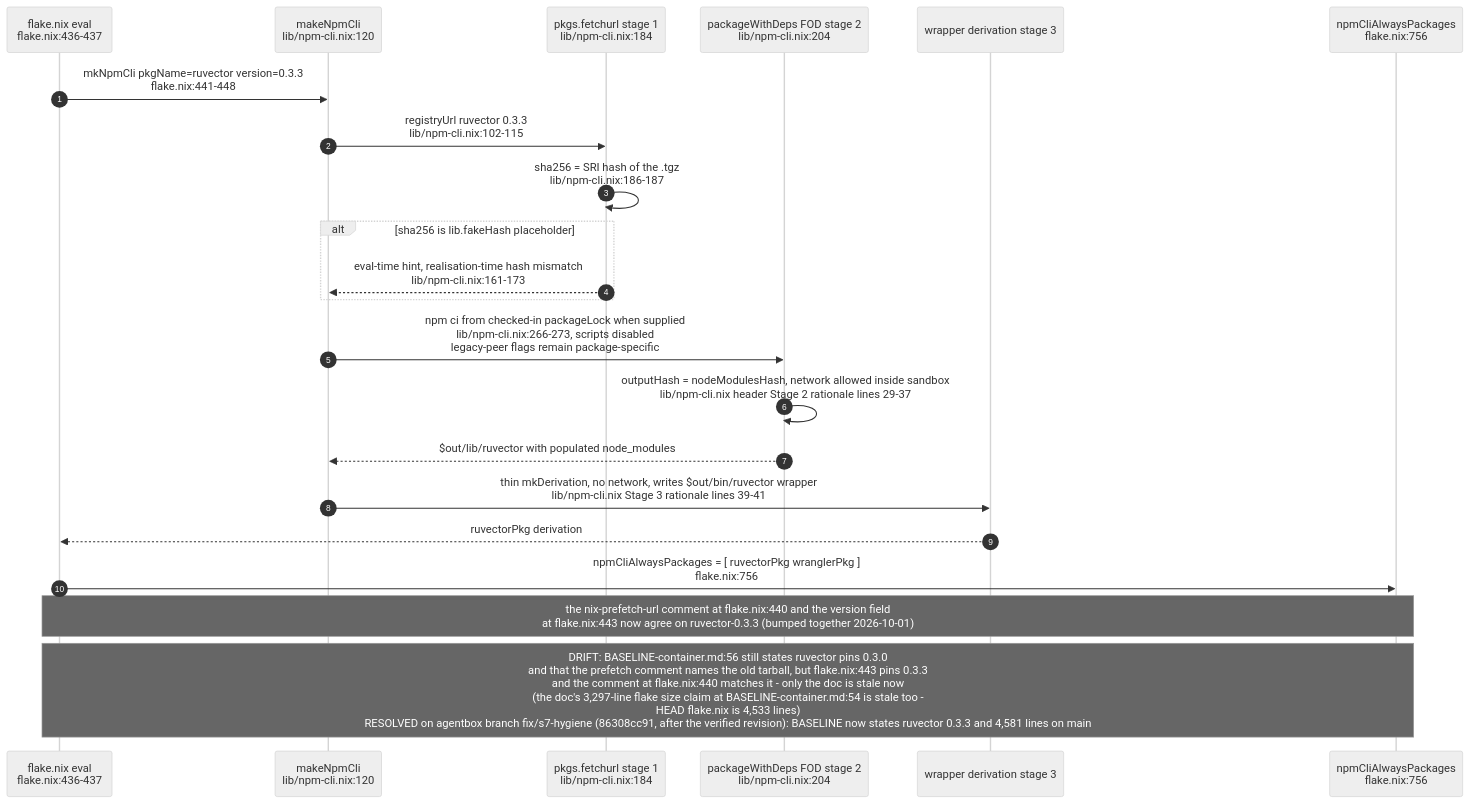
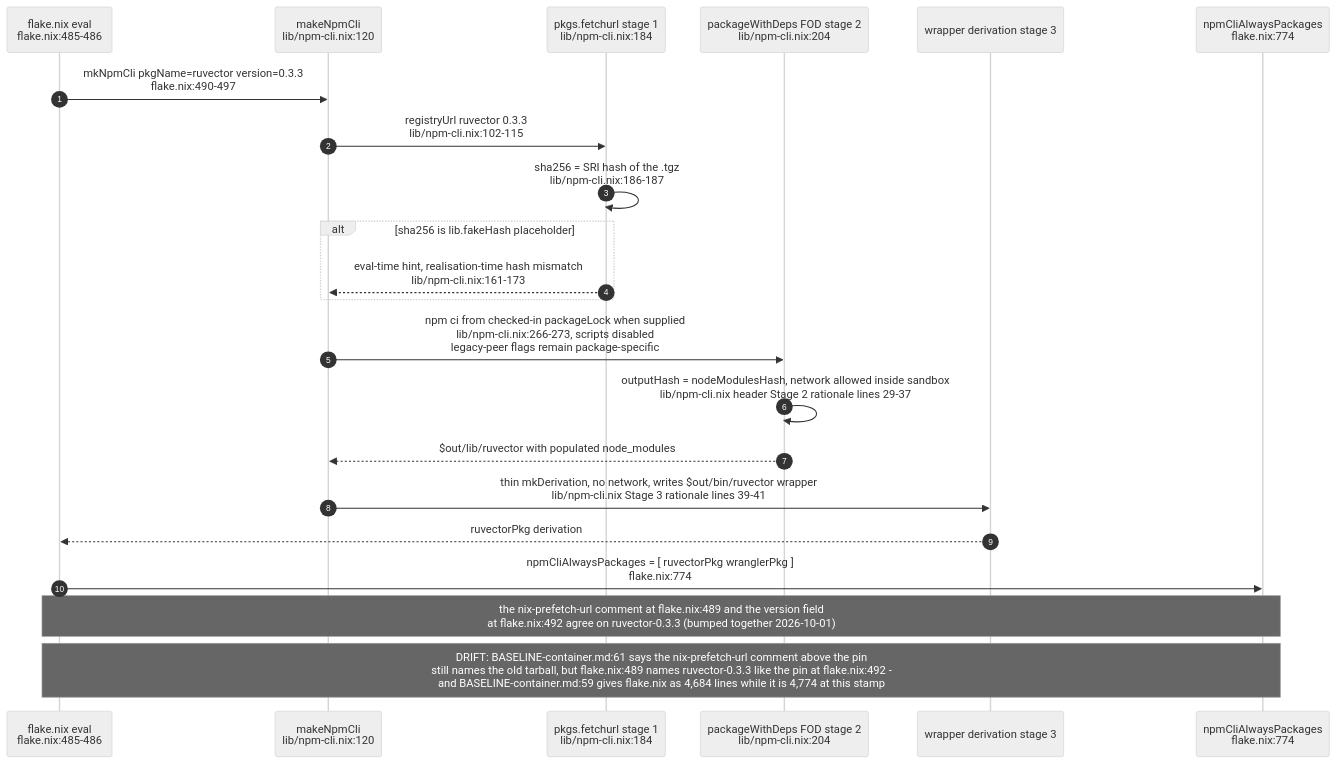
Before and after one commit to DreamLab-AI/VisionFlow: the fifth of 10 diagrams in docs/diagrams/agentbox/01-nix-flake-composition.md, drawn with Mermaid (neutral theme). The commit also changed other lines of this file and 160 other files, not shown here.

````diff
--- a/docs/diagrams/agentbox/01-nix-flake-composition.md
+++ b/docs/diagrams/agentbox/01-nix-flake-composition.md
@@ -240,25 +251,25 @@
 ```mermaid
 sequenceDiagram
     autonumber
-    participant FLAKE as flake.nix eval<br/>flake.nix:436-437
+    participant FLAKE as flake.nix eval<br/>flake.nix:485-486
     participant MK as makeNpmCli<br/>lib/npm-cli.nix:120
     participant FETCH as pkgs.fetchurl stage 1<br/>lib/npm-cli.nix:184
     participant FOD as packageWithDeps FOD stage 2<br/>lib/npm-cli.nix:204
     participant WRAP as wrapper derivation stage 3
-    participant ALWAYS as npmCliAlwaysPackages<br/>flake.nix:756
+    participant ALWAYS as npmCliAlwaysPackages<br/>flake.nix:774
 
-    FLAKE->>MK: mkNpmCli pkgName=ruvector version=0.3.3<br/>flake.nix:441-448
+    FLAKE->>MK: mkNpmCli pkgName=ruvector version=0.3.3<br/>flake.nix:490-497
     MK->>FETCH: registryUrl ruvector 0.3.3<br/>lib/npm-cli.nix:102-115
     FETCH->>FETCH: sha256 = SRI hash of the .tgz<br/>lib/npm-cli.nix:186-187
     alt sha256 is lib.fakeHash placeholder
         FETCH-->>MK: eval-time hint, realisation-time hash mismatch<br/>lib/npm-cli.nix:161-173
     end
     MK->>FOD: npm ci from checked-in packageLock when supplied<br/>lib/npm-cli.nix:266-273, scripts disabled<br/>legacy-peer flags remain package-specific
     FOD->>FOD: outputHash = nodeModulesHash, network allowed inside sandbox<br/>lib/npm-cli.nix header Stage 2 rationale lines 29-37
     FOD-->>MK: $out/lib/ruvector with populated node_modules
     MK->>WRAP: thin mkDerivation, no network, writes $out/bin/ruvector wrapper<br/>lib/npm-cli.nix Stage 3 rationale lines 39-41
     WRAP-->>FLAKE: ruvectorPkg derivation
-    FLAKE->>ALWAYS: npmCliAlwaysPackages = [ ruvectorPkg wranglerPkg ]<br/>flake.nix:756
-    Note over FLAKE,ALWAYS: the nix-prefetch-url comment at flake.nix:440 and the version field<br/>at flake.nix:443 now agree on ruvector-0.3.3 (bumped together 2026-10-01)
-    Note over FLAKE,ALWAYS: DRIFT: BASELINE-container.md:56 still states ruvector pins 0.3.0<br/>and that the prefetch comment names the old tarball, but flake.nix:443 pins 0.3.3<br/>and the comment at flake.nix:440 matches it - only the doc is stale now<br/>(the doc's 3,297-line flake size claim at BASELINE-container.md:54 is stale too -<br/>HEAD flake.nix is 4,533 lines)<br/>RESOLVED on agentbox branch fix/s7-hygiene (86308cc91, after the verified revision): BASELINE now states ruvector 0.3.3 and 4,581 lines on main
+    FLAKE->>ALWAYS: npmCliAlwaysPackages = [ ruvectorPkg wranglerPkg ]<br/>flake.nix:774
+    Note over FLAKE,ALWAYS: the nix-prefetch-url comment at flake.nix:489 and the version field<br/>at flake.nix:492 agree on ruvector-0.3.3 (bumped together 2026-10-01)
+    Note over FLAKE,ALWAYS: DRIFT: BASELINE-container.md:61 says the nix-prefetch-url comment above the pin<br/>still names the old tarball, but flake.nix:489 names ruvector-0.3.3 like the pin at flake.nix:492 -<br/>and BASELINE-container.md:59 gives flake.nix as 4,684 lines while it is 4,774 at this stamp
 ```
````
